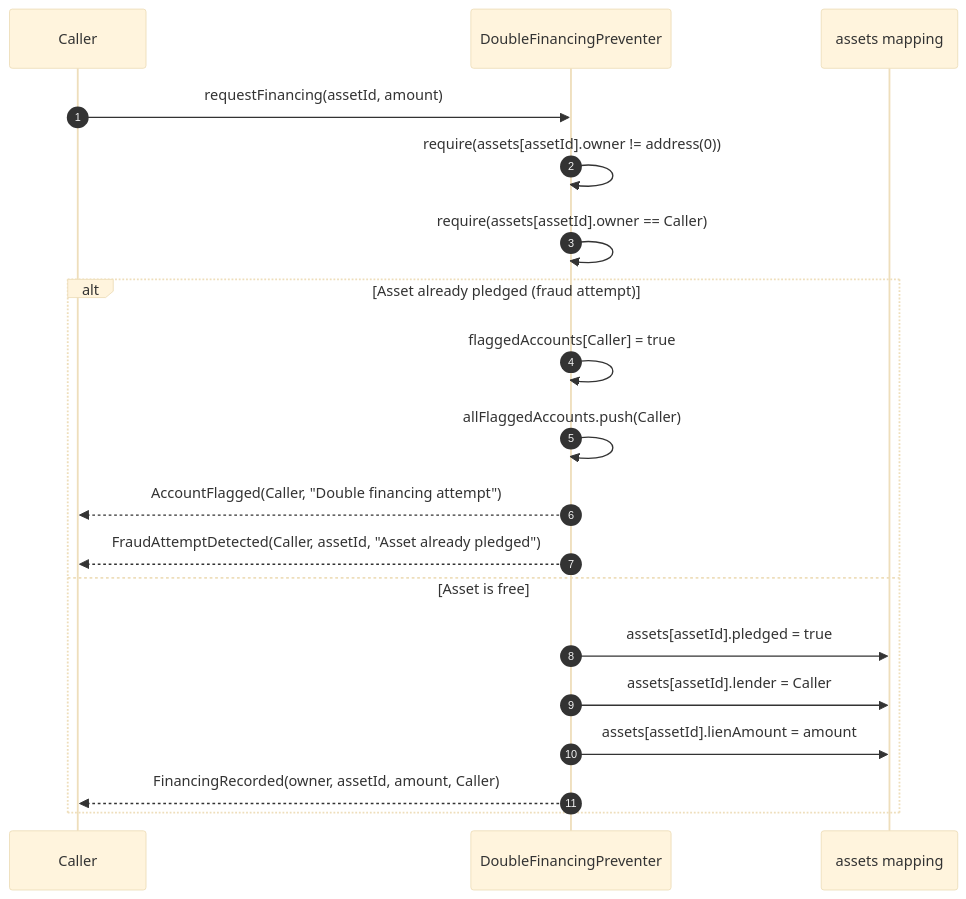
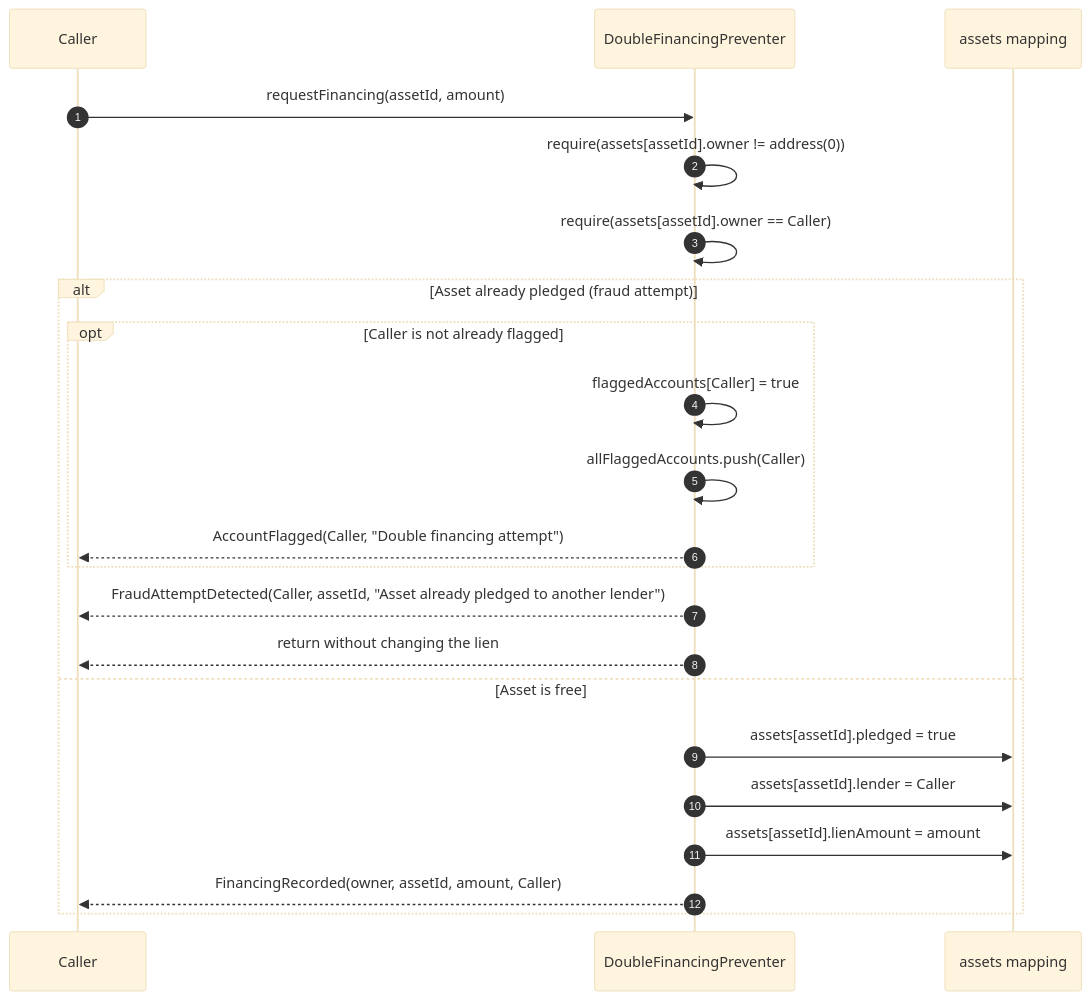
Before and after one commit to SI-JsonWeb/hyperladger-besu: the diagram in docs/diagrams/02-requestFinancing.mmd, drawn with Mermaid (base theme). The commit also changed 6 other files, not shown here.

Commit message:
feat: update diagram

````diff
--- a/docs/diagrams/02-requestFinancing.mmd
+++ b/docs/diagrams/02-requestFinancing.mmd
@@ -1,23 +1,26 @@
 ```mermaid
 sequenceDiagram
     autonumber
     participant Caller
     participant Contract as DoubleFinancingPreventer
     participant State as assets mapping
 
     Caller->>Contract: requestFinancing(assetId, amount)
     Contract->>Contract: require(assets[assetId].owner != address(0))
     Contract->>Contract: require(assets[assetId].owner == Caller)
 
     alt Asset already pledged (fraud attempt)
-        Contract->>Contract: flaggedAccounts[Caller] = true
-        Contract->>Contract: allFlaggedAccounts.push(Caller)
-        Contract-->>Caller: AccountFlagged(Caller, "Double financing attempt")
-        Contract-->>Caller: FraudAttemptDetected(Caller, assetId, "Asset already pledged")
+        opt Caller is not already flagged
+            Contract->>Contract: flaggedAccounts[Caller] = true
+            Contract->>Contract: allFlaggedAccounts.push(Caller)
+            Contract-->>Caller: AccountFlagged(Caller, "Double financing attempt")
+        end
+        Contract-->>Caller: FraudAttemptDetected(Caller, assetId, "Asset already pledged to another lender")
+        Contract-->>Caller: return without changing the lien
     else Asset is free
         Contract->>State: assets[assetId].pledged = true
         Contract->>State: assets[assetId].lender = Caller
         Contract->>State: assets[assetId].lienAmount = amount
         Contract-->>Caller: FinancingRecorded(owner, assetId, amount, Caller)
     end
 ```
````
